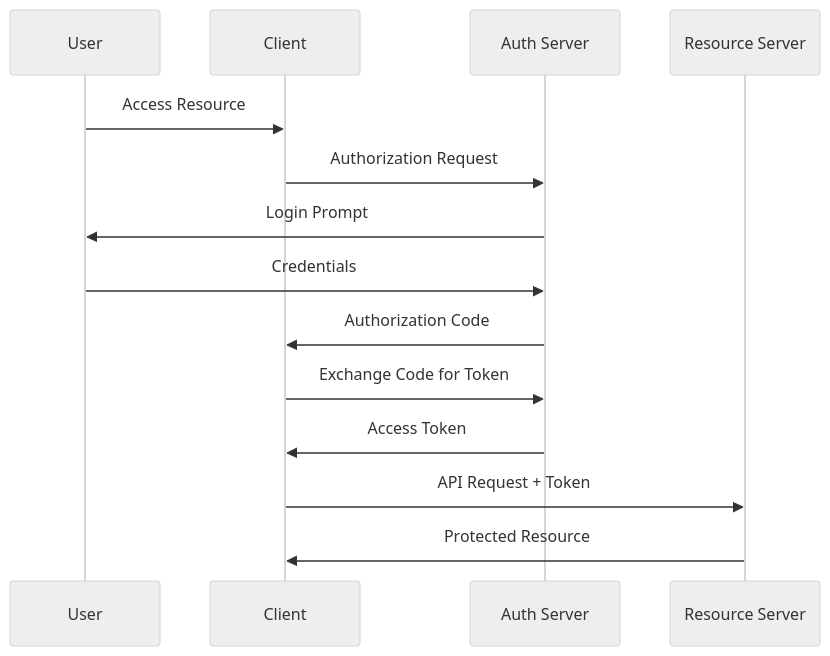
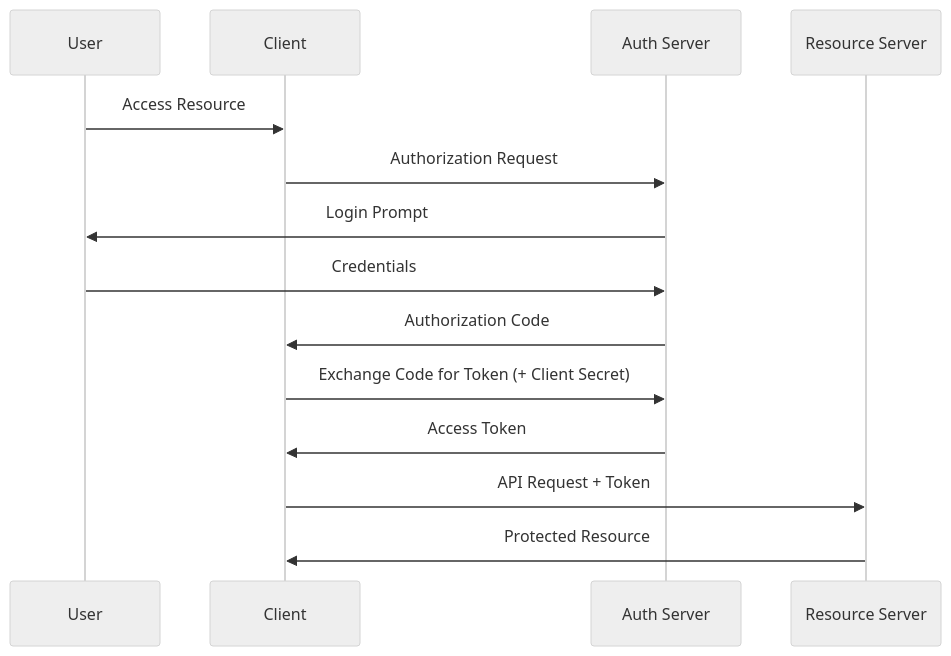
Before and after one commit to gurkanindibay/azure_learning: the eighth of 10 diagrams in architecture-general/03-integration-communication-architecture/api-architecture/api-architecture-overview.md, drawn with Mermaid (neutral theme). The commit also changed other lines of this file, not shown here.

Commit message:
Add OAuth 2.0 Authorization Code Flow and PKCE details with best practices

````diff
--- a/architecture-general/03-integration-communication-architecture/api-architecture/api-architecture-overview.md
+++ b/architecture-general/03-integration-communication-architecture/api-architecture/api-architecture-overview.md
@@ -337,17 +339,17 @@
 ```mermaid
 sequenceDiagram
     participant U as User
     participant C as Client
     participant AS as Auth Server
     participant RS as Resource Server
     
     U->>C: Access Resource
     C->>AS: Authorization Request
     AS->>U: Login Prompt
     U->>AS: Credentials
     AS->>C: Authorization Code
-    C->>AS: Exchange Code for Token
+    C->>AS: Exchange Code for Token (+ Client Secret)
     AS->>C: Access Token
     C->>RS: API Request + Token
     RS->>C: Protected Resource
 ```
````
